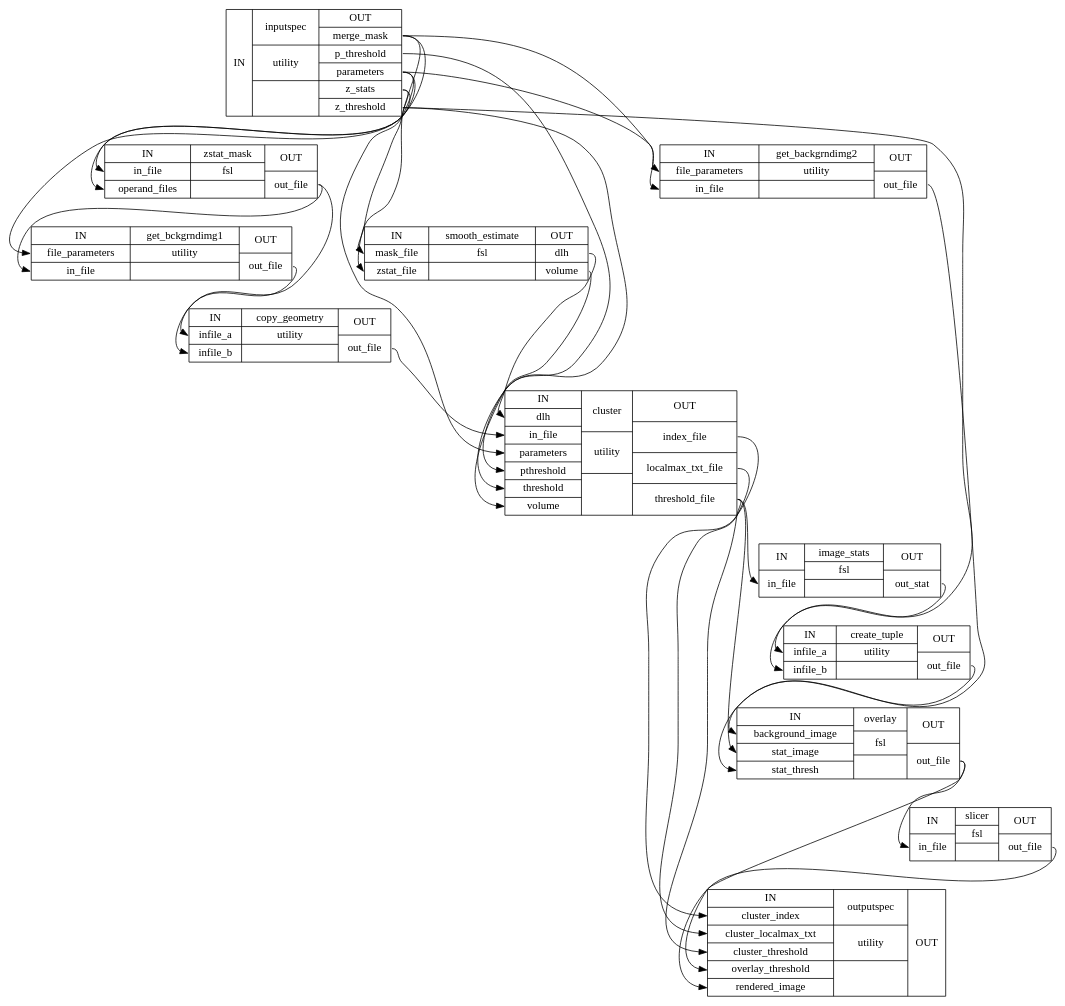
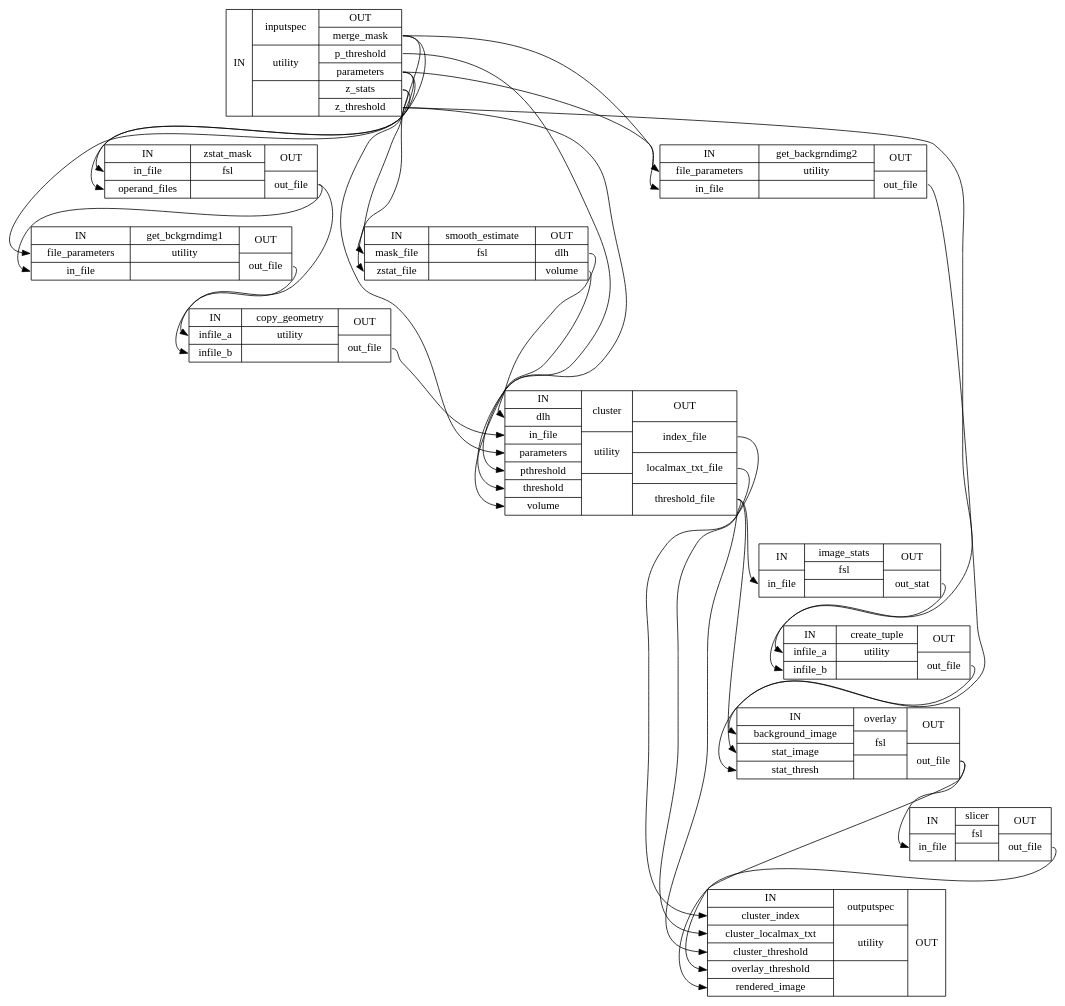
The diagram in docs/nightly/developer/workflows/images/generated/easy_thresh_detailed.dot (FCP-INDI/fcp-indi.github.io), drawn with Graphviz before and after one commit. The commit also changed other lines of this file and 220 other files, not shown here.

```diff
--- a/docs/nightly/developer/workflows/images/generated/easy_thresh_detailed.dot
+++ b/docs/nightly/developer/workflows/images/generated/easy_thresh_detailed.dot
@@ -1,43 +1,43 @@
 digraph structs {
 node [shape=record];
 "easy_thresh_wfinputspec" [label="{IN}|{ inputspec | utility |  }|{OUT|<outmergemask> merge_mask|<outpthreshold> p_threshold|<outparameters> parameters|<outzstats> z_stats|<outzthreshold> z_threshold}"];
+"easy_thresh_wfsmooth_estimate" [label="{IN|<inmaskfile> mask_file|<inzstatfile> zstat_file}|{ smooth_estimate | fsl |  }|{OUT|<outdlh> dlh|<outvolume> volume}"];
+"easy_thresh_wfzstat_mask" [label="{IN|<ininfile> in_file|<inoperandfiles> operand_files}|{ zstat_mask | fsl |  }|{OUT|<outoutfile> out_file}"];
 "easy_thresh_wfget_backgrndimg2" [label="{IN|<infileparameters> file_parameters|<ininfile> in_file}|{ get_backgrndimg2 | utility |  }|{OUT|<outoutfile> out_file}"];
-"easy_thresh_wfzstat_mask" [label="{IN|<ininfile> in_file|<inoperandfiles> operand_files}|{ zstat_mask | fsl |  }|{OUT|<outoutfile> out_file}"];
 "easy_thresh_wfget_bckgrndimg1" [label="{IN|<infileparameters> file_parameters|<ininfile> in_file}|{ get_bckgrndimg1 | utility |  }|{OUT|<outoutfile> out_file}"];
 "easy_thresh_wfcopy_geometry" [label="{IN|<ininfilea> infile_a|<ininfileb> infile_b}|{ copy_geometry | utility |  }|{OUT|<outoutfile> out_file}"];
-"easy_thresh_wfsmooth_estimate" [label="{IN|<inmaskfile> mask_file|<inzstatfile> zstat_file}|{ smooth_estimate | fsl |  }|{OUT|<outdlh> dlh|<outvolume> volume}"];
 "easy_thresh_wfcluster" [label="{IN|<indlh> dlh|<ininfile> in_file|<inparameters> parameters|<inpthreshold> pthreshold|<inthreshold> threshold|<involume> volume}|{ cluster | utility |  }|{OUT|<outindexfile> index_file|<outlocalmaxtxtfile> localmax_txt_file|<outthresholdfile> threshold_file}"];
 "easy_thresh_wfimage_stats" [label="{IN|<ininfile> in_file}|{ image_stats | fsl |  }|{OUT|<outoutstat> out_stat}"];
 "easy_thresh_wfcreate_tuple" [label="{IN|<ininfilea> infile_a|<ininfileb> infile_b}|{ create_tuple | utility |  }|{OUT|<outoutfile> out_file}"];
 "easy_thresh_wfoverlay" [label="{IN|<inbackgroundimage> background_image|<instatimage> stat_image|<instatthresh> stat_thresh}|{ overlay | fsl |  }|{OUT|<outoutfile> out_file}"];
 "easy_thresh_wfslicer" [label="{IN|<ininfile> in_file}|{ slicer | fsl |  }|{OUT|<outoutfile> out_file}"];
 "easy_thresh_wfoutputspec" [label="{IN|<inclusterindex> cluster_index|<inclusterlocalmaxtxt> cluster_localmax_txt|<inclusterthreshold> cluster_threshold|<inoverlaythreshold> overlay_threshold|<inrenderedimage> rendered_image}|{ outputspec | utility |  }|{OUT}"];
 "easy_thresh_wfcluster":"outindexfile":e -> "easy_thresh_wfoutputspec":"inclusterindex":w;
 "easy_thresh_wfcluster":"outlocalmaxtxtfile":e -> "easy_thresh_wfoutputspec":"inclusterlocalmaxtxt":w;
 "easy_thresh_wfcluster":"outthresholdfile":e -> "easy_thresh_wfimage_stats":"ininfile":w;
 "easy_thresh_wfcluster":"outthresholdfile":e -> "easy_thresh_wfoutputspec":"inclusterthreshold":w;
 "easy_thresh_wfcluster":"outthresholdfile":e -> "easy_thresh_wfoverlay":"instatimage":w;
 "easy_thresh_wfcopy_geometry":"outoutfile":e -> "easy_thresh_wfcluster":"ininfile":w;
 "easy_thresh_wfcreate_tuple":"outoutfile":e -> "easy_thresh_wfoverlay":"instatthresh":w;
 "easy_thresh_wfget_backgrndimg2":"outoutfile":e -> "easy_thresh_wfoverlay":"inbackgroundimage":w;
 "easy_thresh_wfget_bckgrndimg1":"outoutfile":e -> "easy_thresh_wfcopy_geometry":"ininfilea":w;
 "easy_thresh_wfimage_stats":"outoutstat":e -> "easy_thresh_wfcreate_tuple":"ininfileb":w;
 "easy_thresh_wfinputspec":"outmergemask":e -> "easy_thresh_wfget_backgrndimg2":"ininfile":w;
 "easy_thresh_wfinputspec":"outmergemask":e -> "easy_thresh_wfsmooth_estimate":"inmaskfile":w;
 "easy_thresh_wfinputspec":"outmergemask":e -> "easy_thresh_wfzstat_mask":"inoperandfiles":w;
 "easy_thresh_wfinputspec":"outparameters":e -> "easy_thresh_wfcluster":"inparameters":w;
 "easy_thresh_wfinputspec":"outparameters":e -> "easy_thresh_wfget_backgrndimg2":"infileparameters":w;
 "easy_thresh_wfinputspec":"outparameters":e -> "easy_thresh_wfget_bckgrndimg1":"infileparameters":w;
 "easy_thresh_wfinputspec":"outpthreshold":e -> "easy_thresh_wfcluster":"inpthreshold":w;
 "easy_thresh_wfinputspec":"outzstats":e -> "easy_thresh_wfsmooth_estimate":"inzstatfile":w;
 "easy_thresh_wfinputspec":"outzstats":e -> "easy_thresh_wfzstat_mask":"ininfile":w;
 "easy_thresh_wfinputspec":"outzthreshold":e -> "easy_thresh_wfcluster":"inthreshold":w;
 "easy_thresh_wfinputspec":"outzthreshold":e -> "easy_thresh_wfcreate_tuple":"ininfilea":w;
 "easy_thresh_wfoverlay":"outoutfile":e -> "easy_thresh_wfoutputspec":"inoverlaythreshold":w;
 "easy_thresh_wfoverlay":"outoutfile":e -> "easy_thresh_wfslicer":"ininfile":w;
 "easy_thresh_wfslicer":"outoutfile":e -> "easy_thresh_wfoutputspec":"inrenderedimage":w;
 "easy_thresh_wfsmooth_estimate":"outdlh":e -> "easy_thresh_wfcluster":"indlh":w;
 "easy_thresh_wfsmooth_estimate":"outvolume":e -> "easy_thresh_wfcluster":"involume":w;
 "easy_thresh_wfzstat_mask":"outoutfile":e -> "easy_thresh_wfcopy_geometry":"ininfileb":w;
 "easy_thresh_wfzstat_mask":"outoutfile":e -> "easy_thresh_wfget_bckgrndimg1":"ininfile":w;
 }
```
